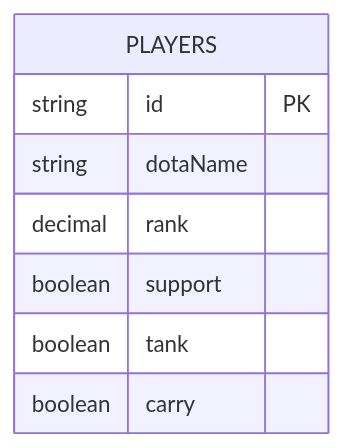
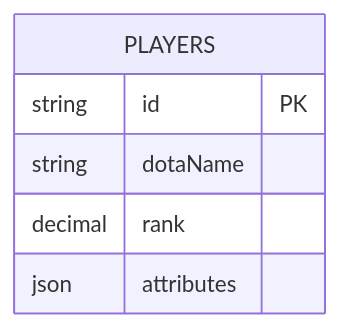
Before and after one commit to Ariel-Patino/discord-sort-players-dota: the seventh of 7 diagrams in documents/ARCHITECTURE.md, drawn with Mermaid. The commit also changed other lines of this file and 45 other files, not shown here.

````diff
--- a/documents/ARCHITECTURE.md
+++ b/documents/ARCHITECTURE.md
@@ -363,11 +368,9 @@
 ```mermaid
 erDiagram
     PLAYERS {
         string id PK
         string dotaName
         decimal rank
-        boolean support
-        boolean tank
-        boolean carry
+        json attributes
     }
 ```
````
